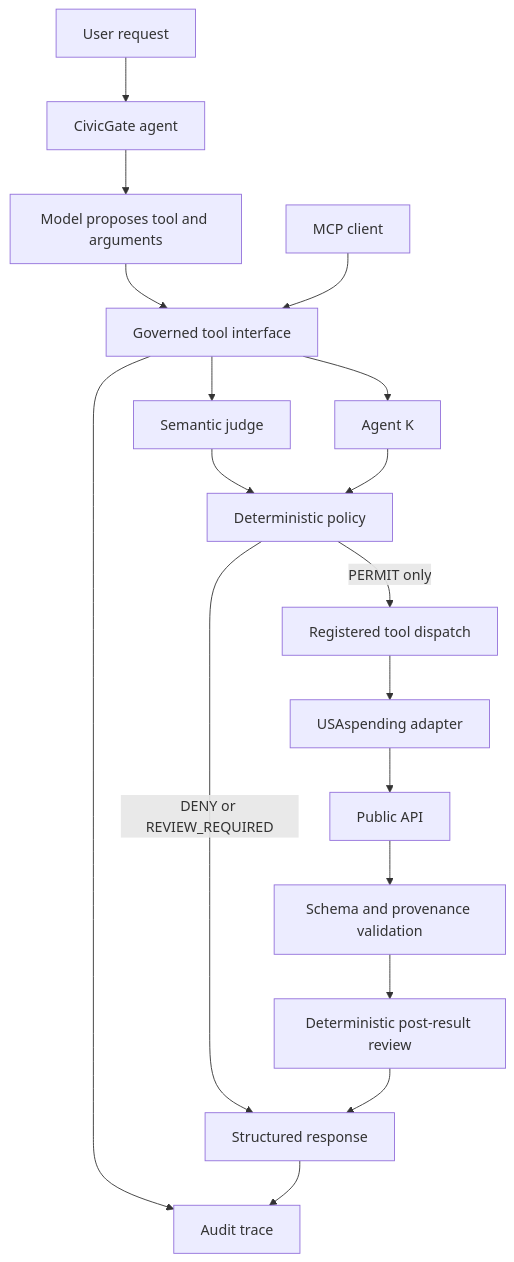
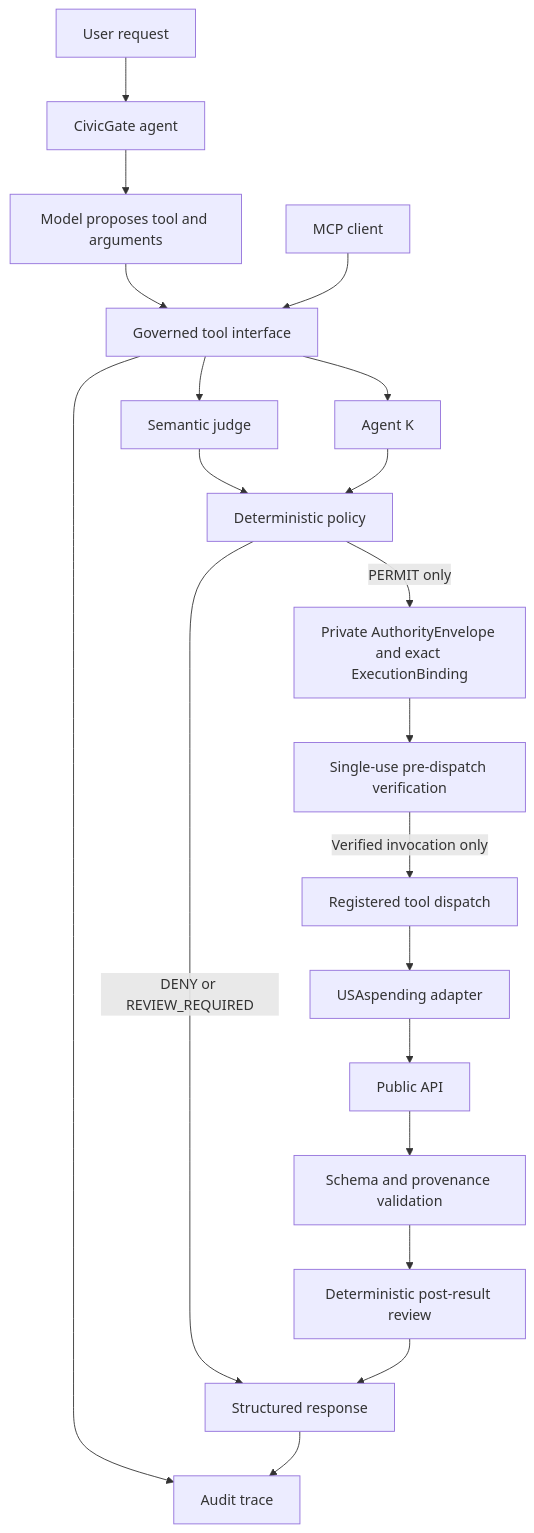
The diagram in docs/ARCHITECTURE.md (drosadocastro-bit/CIVICGATE), drawn with Mermaid before and after one commit. The commit also changed other lines of this file and 20 other files, not shown here.

````diff
--- a/docs/ARCHITECTURE.md
+++ b/docs/ARCHITECTURE.md
@@ -3,20 +3,22 @@
 ```mermaid
 flowchart TD
  U[User request] --> A[CivicGate agent]
  A --> P[Model proposes tool and arguments]
  P --> G[Governed tool interface]
  M[MCP client] --> G
  G --> J[Semantic judge]
  G --> K[Agent K]
  J --> D[Deterministic policy]
  K --> D
- D -->|PERMIT only| T[Registered tool dispatch]
+ D -->|PERMIT only| E[Private AuthorityEnvelope and exact ExecutionBinding]
+ E --> C[Single-use pre-dispatch verification]
+ C -->|Verified invocation only| T[Registered tool dispatch]
  D -->|DENY or REVIEW_REQUIRED| R[Structured response]
  T --> B[USAspending adapter]
  B --> S[Public API]
  S --> V[Schema and provenance validation]
  V --> O[Deterministic post-result review]
  O --> R
  G --> L[Audit trace]
  R --> L
 ```
````
